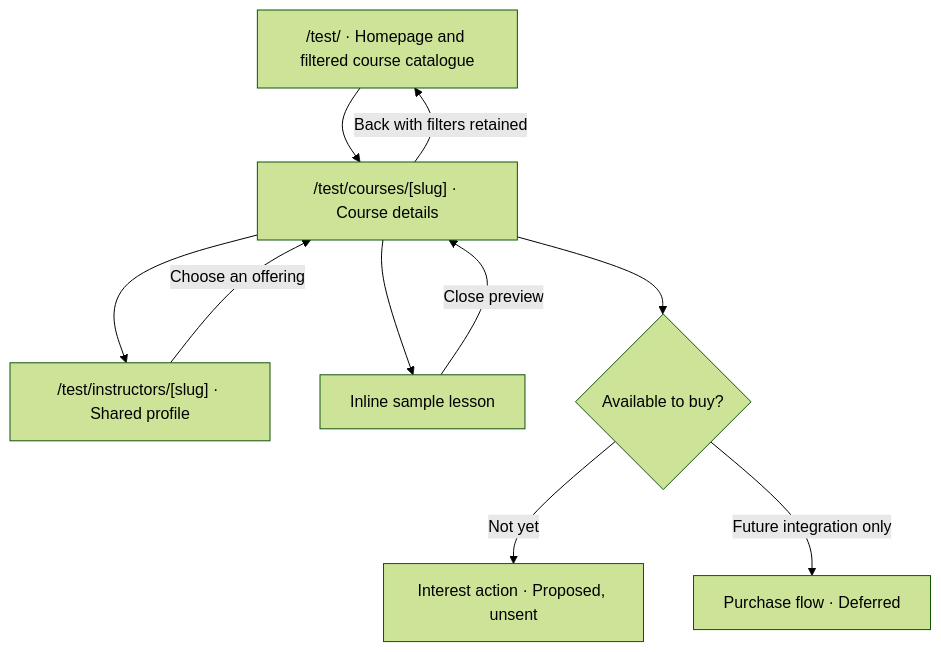
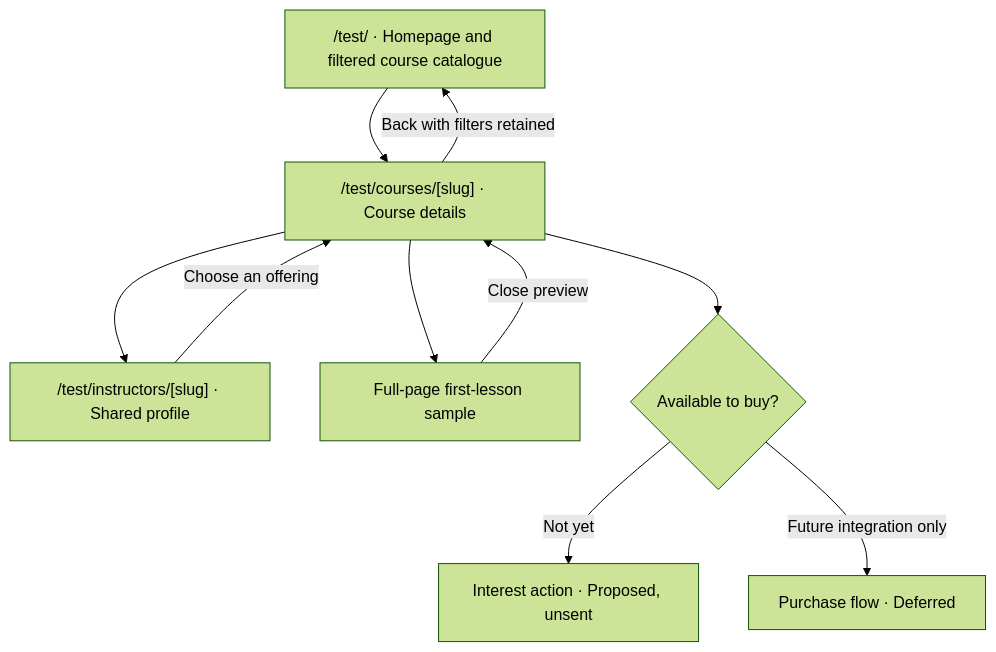
Before and after one commit to Physcratic/physcratic: the third of 5 diagrams in docs/engineering/TEST_SITE_MAP.md, drawn with Mermaid (forest theme). The commit also changed other lines of this file and 9 other files, not shown here.

````diff
--- a/docs/engineering/TEST_SITE_MAP.md
+++ b/docs/engineering/TEST_SITE_MAP.md
@@ -131,12 +161,12 @@
 ```mermaid
 flowchart TD
   catalog["/test/ · Homepage and filtered course catalogue"] --> course["/test/courses/[slug] · Course details"]
   course --> instructor["/test/instructors/[slug] · Shared profile"]
   instructor -->|Choose an offering| course
   course -->|Back with filters retained| catalog
-  course --> preview["Inline sample lesson"]
+  course --> preview["Full-page first-lesson sample"]
   preview -->|Close preview| course
   course --> availability{"Available to buy?"}
   availability -->|Not yet| interest["Interest action · Proposed, unsent"]
   availability -->|Future integration only| purchase["Purchase flow · Deferred"]
 ```
````
